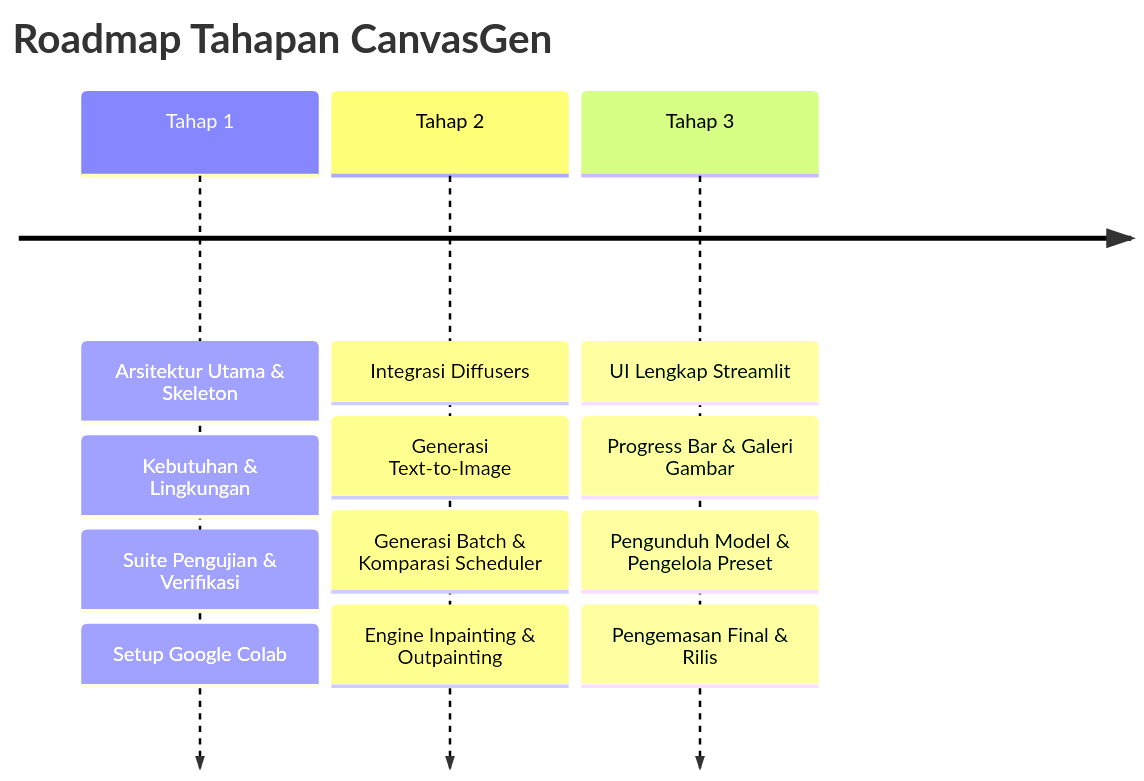
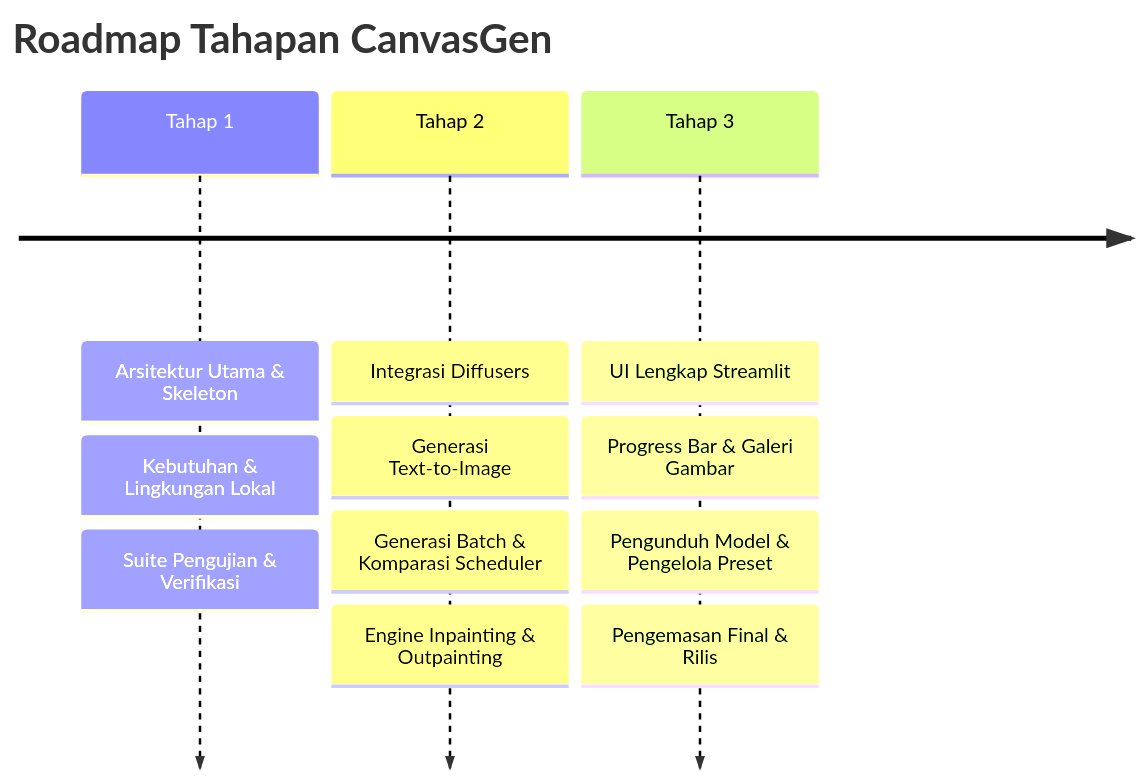
Before and after one commit to ImamAriadi2022/CanvasGen: the diagram in docs/Workflow.md, drawn with Mermaid. The commit also changed other lines of this file and 24 other files, not shown here.

````diff
--- a/docs/Workflow.md
+++ b/docs/Workflow.md
@@ -31,7 +31,7 @@
 ```mermaid
 timeline
     title Roadmap Tahapan CanvasGen
-    Tahap 1 : Arsitektur Utama & Skeleton : Kebutuhan & Lingkungan : Suite Pengujian & Verifikasi : Setup Google Colab
+    Tahap 1 : Arsitektur Utama & Skeleton : Kebutuhan & Lingkungan Lokal : Suite Pengujian & Verifikasi
     Tahap 2 : Integrasi Diffusers : Generasi Text-to-Image : Generasi Batch & Komparasi Scheduler : Engine Inpainting & Outpainting
     Tahap 3 : UI Lengkap Streamlit : Progress Bar & Galeri Gambar : Pengunduh Model & Pengelola Preset : Pengemasan Final & Rilis
 ```
````
